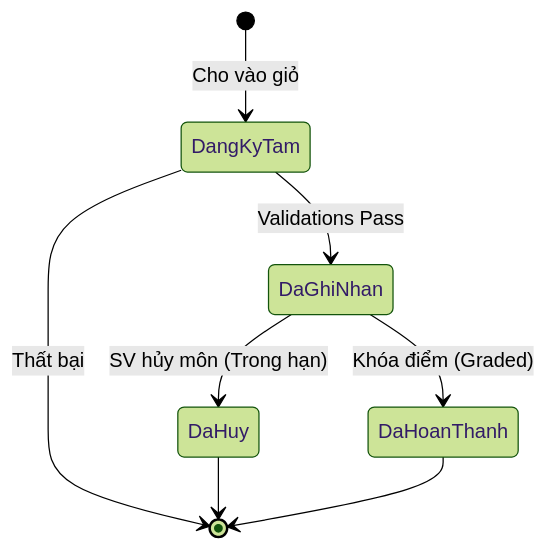
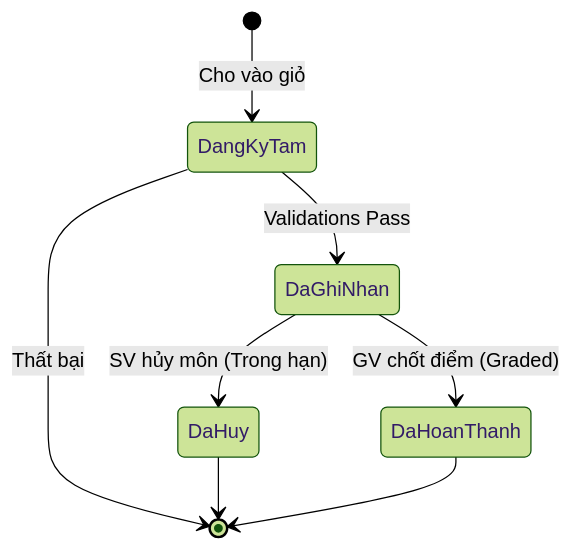
One commit to DevMarkie/DoAnChuyenNganh changed the fifth of 5 diagrams in docs/01_system_architecture_and_diagrams.md. Above: the diagram before and after it, drawn with Mermaid (forest theme). The commit also changed other lines of this file and 20 other files, not shown here.

````diff
--- a/docs/01_system_architecture_and_diagrams.md
+++ b/docs/01_system_architecture_and_diagrams.md
@@ -108,10 +102,10 @@
 ```mermaid
 stateDiagram-v2
     [*] --> DangKyTam : Cho vào giỏ
     DangKyTam --> DaGhiNhan : Validations Pass
     DangKyTam --> [*] : Thất bại
     DaGhiNhan --> DaHuy : SV hủy môn (Trong hạn)
-    DaGhiNhan --> DaHoanThanh : Khóa điểm (Graded)
+    DaGhiNhan --> DaHoanThanh : GV chốt điểm (Graded)
     DaHuy --> [*]
     DaHoanThanh --> [*]
 ```
````
